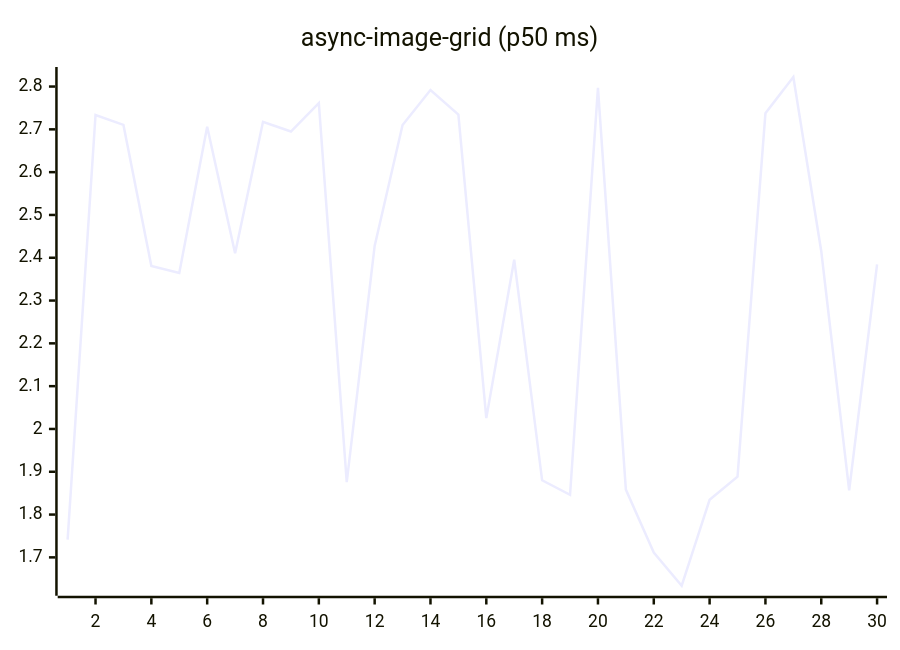
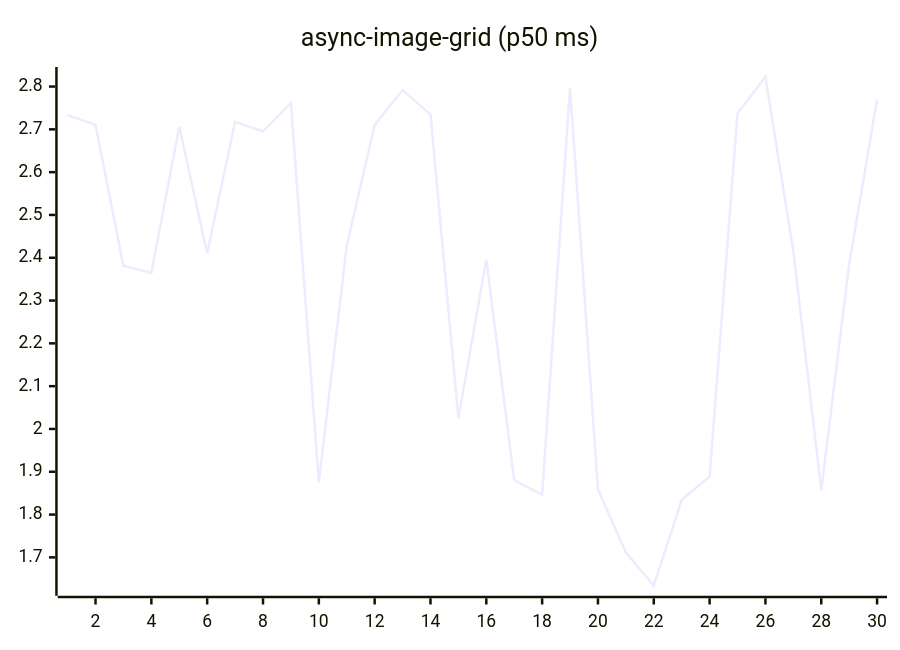
The fifth of 27 diagrams in README.md (josha/Facet), drawn with Mermaid before and after one commit. The commit also changed other lines of this file and 2 other files, not shown here.

````diff
--- a/README.md
+++ b/README.md
@@ -91,6 +91,6 @@
 ```mermaid
 xychart-beta
     title "async-image-grid (p50 ms)"
     x-axis 1 --> 30
-    line [1.7415, 2.7336, 2.7103, 2.3810, 2.3646, 2.7059, 2.4103, 2.7175, 2.6949, 2.7614, 1.8756, 2.4277, 2.7103, 2.7919, 2.7346, 2.0254, 2.3955, 1.8801, 1.8461, 2.7970, 1.8583, 1.7113, 1.6337, 1.8346, 1.8885, 2.7375, 2.8223, 2.4153, 1.8565, 2.3845]
+    line [2.7336, 2.7103, 2.3810, 2.3646, 2.7059, 2.4103, 2.7175, 2.6949, 2.7614, 1.8756, 2.4277, 2.7103, 2.7919, 2.7346, 2.0254, 2.3955, 1.8801, 1.8461, 2.7970, 1.8583, 1.7113, 1.6337, 1.8346, 1.8885, 2.7375, 2.8223, 2.4153, 1.8565, 2.3845, 2.7705]
 ```
````
